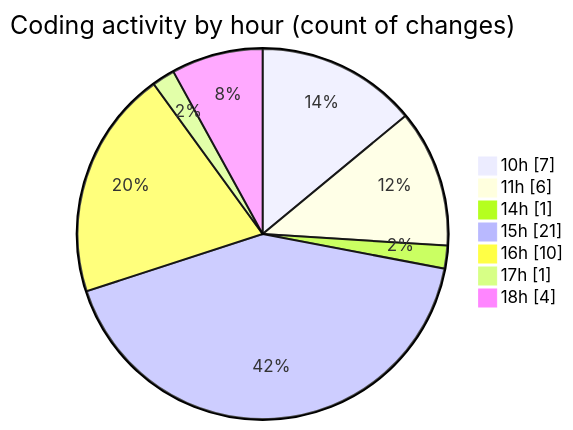
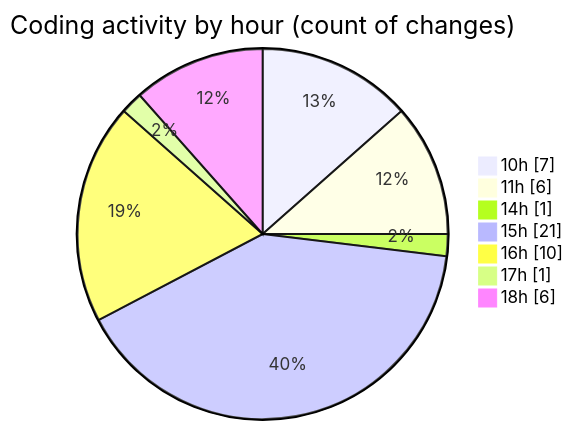
The second of 2 diagrams in 2025-11-18/nxtqube_webapp/README.md (nxtqubesakshisongat/code-tracking), drawn with Mermaid before and after one commit. The commit also changed other lines of this file and 1 other file, not shown here.

````diff
--- a/2025-11-18/nxtqube_webapp/README.md
+++ b/2025-11-18/nxtqube_webapp/README.md
@@ -34,11 +34,11 @@
 ```mermaid
 pie showData
 title Coding activity by hour (count of changes)
 "10h" : 7
 "11h" : 6
 "14h" : 1
 "15h" : 21
 "16h" : 10
 "17h" : 1
-"18h" : 4
+"18h" : 6
 ```
````
